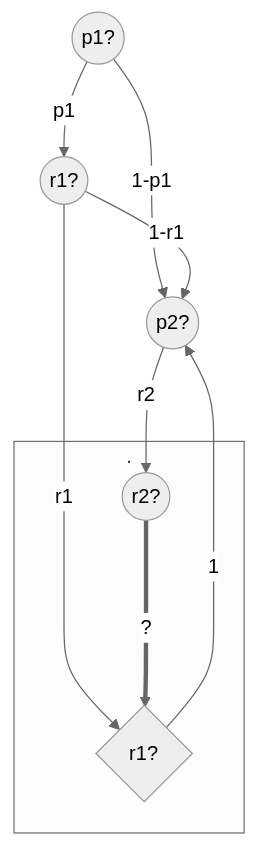
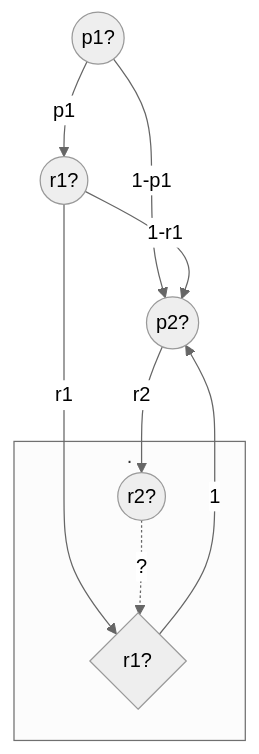
The second of 6 diagrams in vault/sem2/AuW/UE/cx/bf/cx07-bf.md (bfeitknecht/vault), drawn with Mermaid (neutral theme) before and after one commit. The commit also changed other lines of this file, not shown here.

````diff
--- a/vault/sem2/AuW/UE/cx/bf/cx07-bf.md
+++ b/vault/sem2/AuW/UE/cx/bf/cx07-bf.md
@@ -35,20 +35,20 @@
 ```mermaid
 flowchart TD
 
 id1((p1?))
 id2((p2?))
 id3((r1?))
 id4{r1?}
 id5((r2?))
 
 id1-->|"1-p1"|id2
 id1-->|"p1"|id3
 id3-->|"r1"|id4
 id3-->|"1-r1"|id2
 id4-->|"1"|id2
 id2-->|"r2"|id5
 
 subgraph .
-	id5===>|"?"|id4
+	id5-.->|"?"|id4
 end
 ```
````
